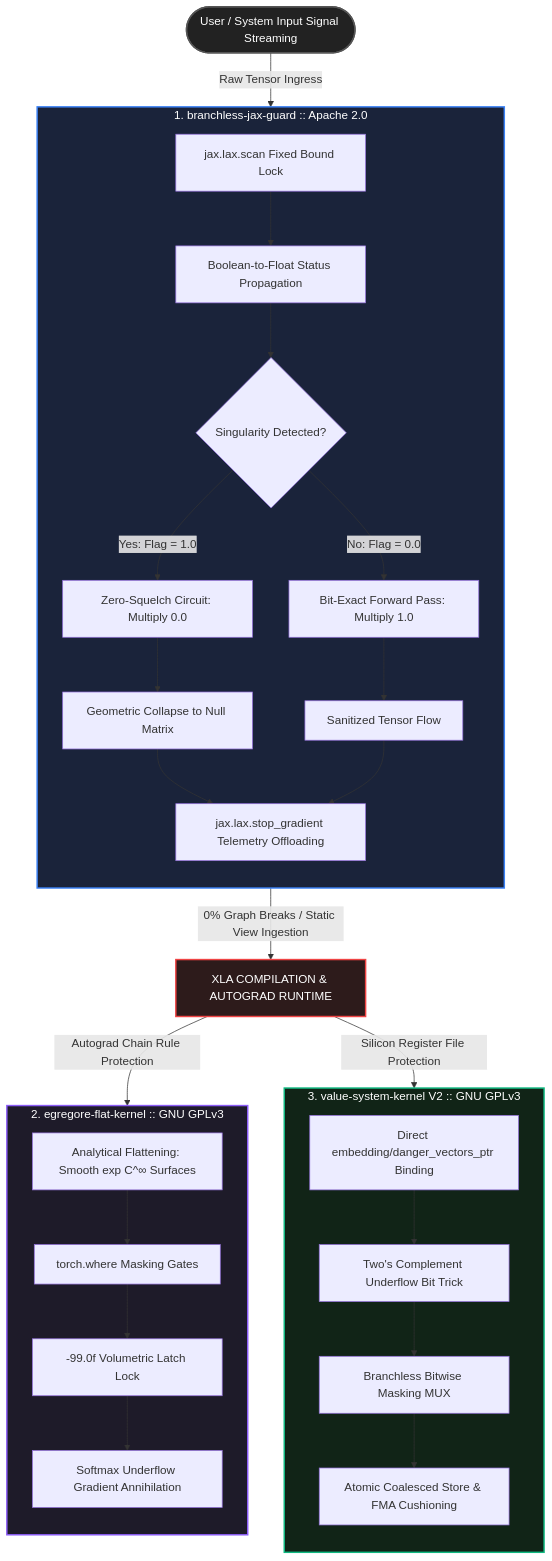
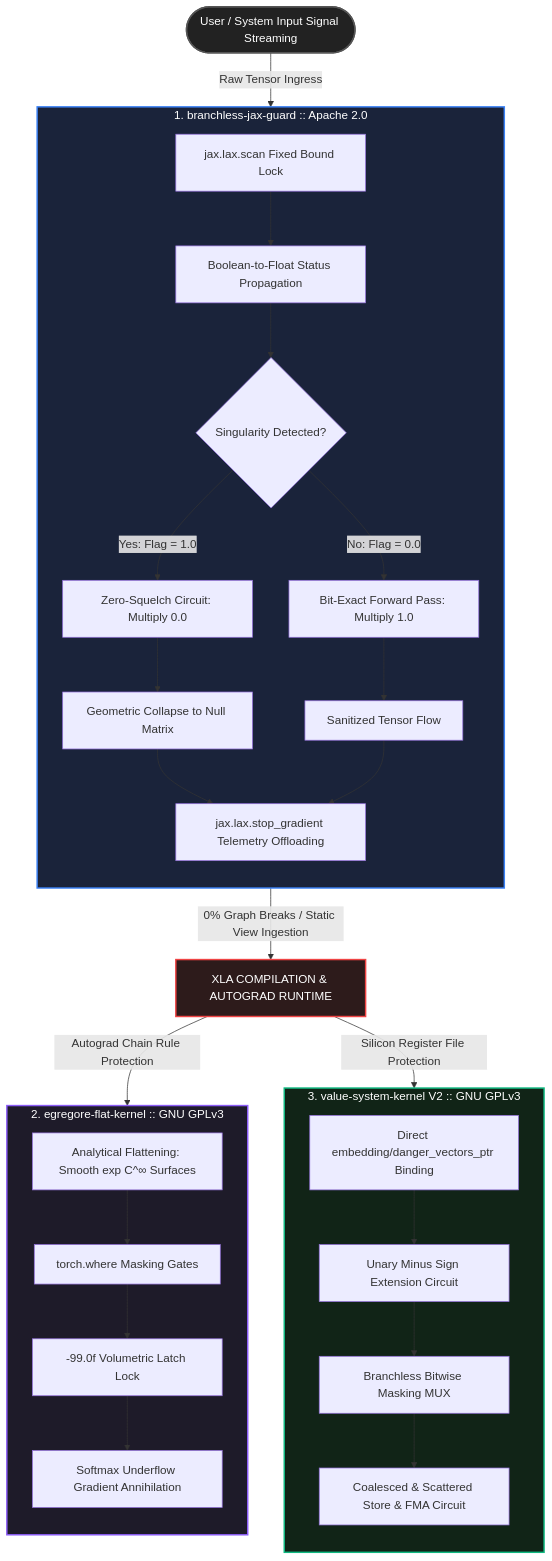
Before and after one commit to PJHkorea/branchless-jax-guard: the diagram in README.md, drawn with Mermaid.

````diff
--- a/README.md
+++ b/README.md
@@ -39,45 +39,46 @@
 ```mermaid
 graph TD
     %% 하드웨어 인풋 영역
     Input([User / System Input Signal Streaming]) -->|Raw Tensor Ingress| Shield1
     
     %% 1단계 입구 방패 (JAX/XLA, Apache 2.0)
     subgraph Shield1 [1. branchless-jax-guard :: Apache 2.0]
         direction TB
         A[jax.lax.scan Fixed Bound Lock] --> B[Boolean-to-Float Status Propagation]
         B --> C{Singularity Detected?}
         C -->|Yes: Flag = 1.0| D[Zero-Squelch Circuit: Multiply 0.0]
         C -->|No: Flag = 0.0| E[Bit-Exact Forward Pass: Multiply 1.0]
         D --> F[Geometric Collapse to Null Matrix]
         E --> G[Sanitized Tensor Flow]
         F & G --> H[jax.lax.stop_gradient Telemetry Offloading]
     end
 
     %% 런타임 가속 컴파일 영역으로 진입
     H -->|0% Graph Breaks / Static View Ingestion| RuntimeEngine[XLA COMPILATION & AUTOGRAD RUNTIME]
 
     %% 2, 3단계 백엔드 방패 분기 (PyTorch / CUDA, GPLv3)
     RuntimeEngine -->|Autograd Chain Rule Protection| Shield2
     RuntimeEngine -->|Silicon Register File Protection| Shield3
 
     subgraph Shield2 [2. egregore-flat-kernel :: GNU GPLv3]
         direction TB
         I[Analytical Flattening: Smooth exp C^∞ Surfaces] --> J[torch.where Masking Gates]
         J --> K[-99.0f Volumetric Latch Lock]
         K --> L[Softmax Underflow Gradient Annihilation]
     end
 
     subgraph Shield3 [3. value-system-kernel V2 :: GNU GPLv3]
         direction TB
-        M[Direct embedding/danger_vectors_ptr Binding] --> N[Two's Complement Underflow Bit Trick]
+        M[Direct embedding/danger_vectors_ptr Binding] --> N[Unary Minus Sign Extension Circuit]
         N --> O[Branchless Bitwise Masking MUX]
-        O --> P[Atomic Coalesced Store & FMA Cushioning]
+        O --> P[Coalesced & Scattered Store & FMA Circuit]
     end
 
     %% 스타일 가이드 정의 (하드웨어 친화적 톤)
     style Input fill:#222,stroke:#555,stroke-width:2px,color:#fff
     style Shield1 fill:#1a233a,stroke:#3b82f6,stroke-width:2px,color:#fff
     style RuntimeEngine fill:#2d1b1b,stroke:#ef4444,stroke-width:2px,color:#fff
     style Shield2 fill:#1e1b29,stroke:#8b5cf6,stroke-width:2px,color:#fff
     style Shield3 fill:#112417,stroke:#10b981,stroke-width:2px,color:#fff
+
 ```
````
